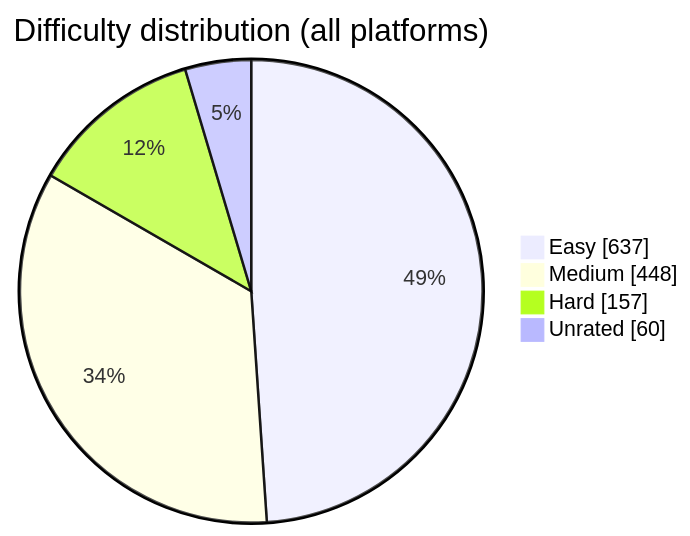
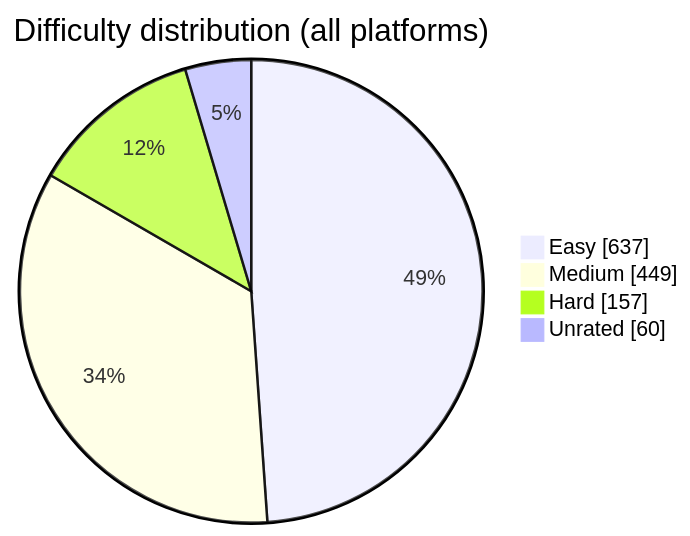
Before and after one commit to BuildbyArindam/Daily-Coding-Log: the diagram in README.md, drawn with Mermaid. The commit also changed other lines of this file, not shown here.

````diff
--- a/README.md
+++ b/README.md
@@ -93,7 +93,7 @@
 ```mermaid
 pie showData title Difficulty distribution (all platforms)
     "Easy" : 637
-    "Medium" : 448
+    "Medium" : 449
     "Hard" : 157
     "Unrated" : 60
 ```
````
